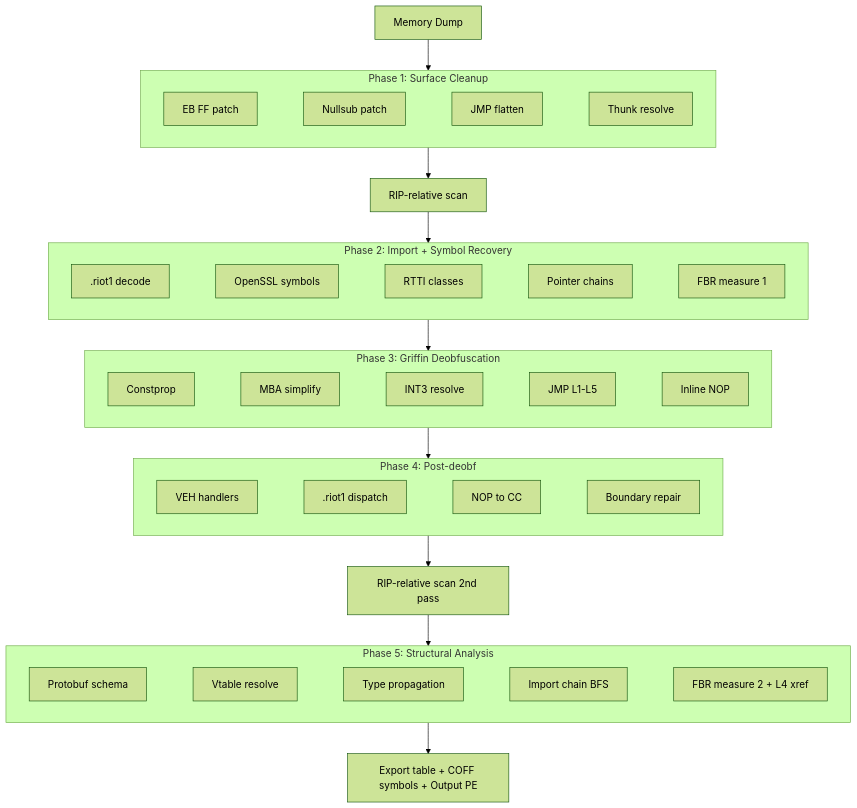
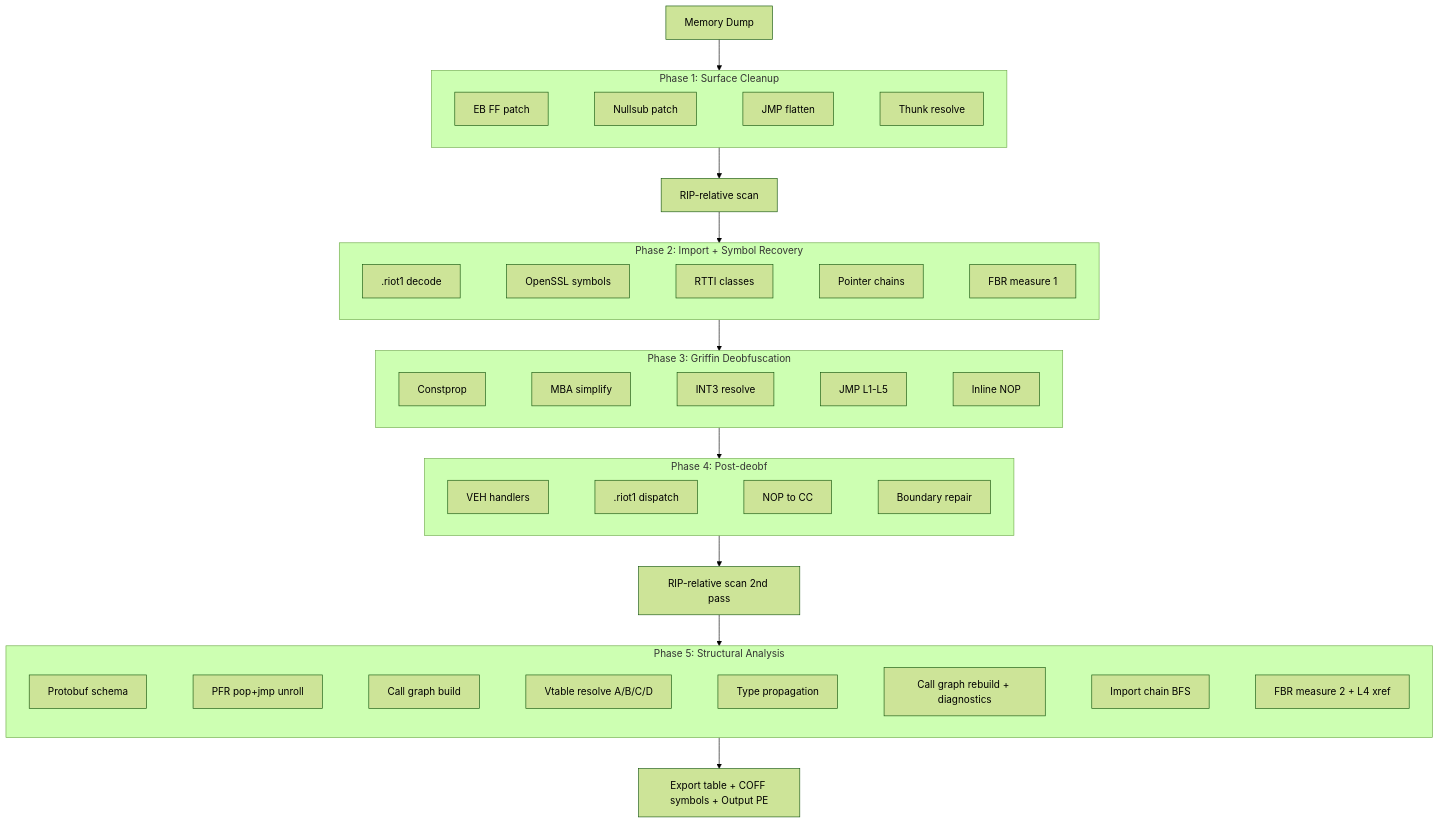
Before and after one commit to hajunwon/libvgc: the diagram in PIPELINE.md, drawn with Mermaid (forest theme). The commit also changed other lines of this file and 2 other files, not shown here.

Commit message:
docs: pipeline + algorithms reflect Phase D, call graph, PFR

````diff
--- a/PIPELINE.md
+++ b/PIPELINE.md
@@ -6,43 +6,43 @@
 ```mermaid
 flowchart TD
     INPUT[Memory Dump] --> P1
 
     subgraph P1[Phase 1: Surface Cleanup]
         direction LR
         P1A[EB FF patch] ~~~ P1B[Nullsub patch] ~~~ P1C[JMP flatten] ~~~ P1D[Thunk resolve]
     end
 
     P1 --> XREF1[RIP-relative scan]
 
     XREF1 --> P2
 
     subgraph P2[Phase 2: Import + Symbol Recovery]
         direction LR
         P2A[.riot1 decode] ~~~ P2B[OpenSSL symbols] ~~~ P2C[RTTI classes] ~~~ P2D[Pointer chains] ~~~ P2E[FBR measure 1]
     end
 
     P2 --> P3
 
     subgraph P3[Phase 3: Griffin Deobfuscation]
         direction LR
         P3A[Constprop] ~~~ P3B[MBA simplify] ~~~ P3C[INT3 resolve] ~~~ P3D[JMP L1-L5] ~~~ P3E[Inline NOP]
     end
 
     P3 --> P4
 
     subgraph P4[Phase 4: Post-deobf]
         direction LR
         P4A[VEH handlers] ~~~ P4B[.riot1 dispatch] ~~~ P4C[NOP to CC] ~~~ P4D[Boundary repair]
     end
 
     P4 --> XREF2[RIP-relative scan 2nd pass]
 
     XREF2 --> P5
 
     subgraph P5[Phase 5: Structural Analysis]
         direction LR
-        P5A[Protobuf schema] ~~~ P5B[Vtable resolve] ~~~ P5C[Type propagation] ~~~ P5D[Import chain BFS] ~~~ P5E[FBR measure 2 + L4 xref]
+        P5A[Protobuf schema] ~~~ P5B[PFR pop+jmp unroll] ~~~ P5C[Call graph build] ~~~ P5D[Vtable resolve A/B/C/D] ~~~ P5E[Type propagation] ~~~ P5F[Call graph rebuild + diagnostics] ~~~ P5G[Import chain BFS] ~~~ P5H[FBR measure 2 + L4 xref]
     end
 
     P5 --> OUTPUT[Export table + COFF symbols + Output PE]
 ```
````
